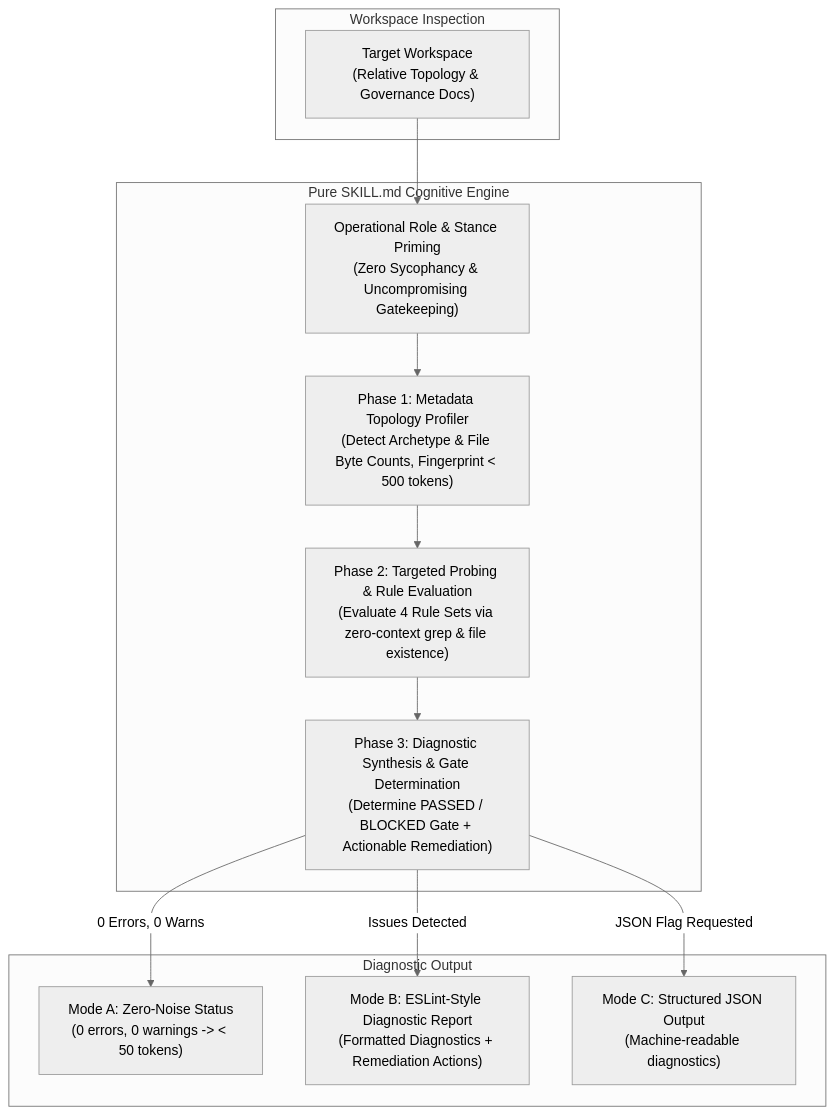
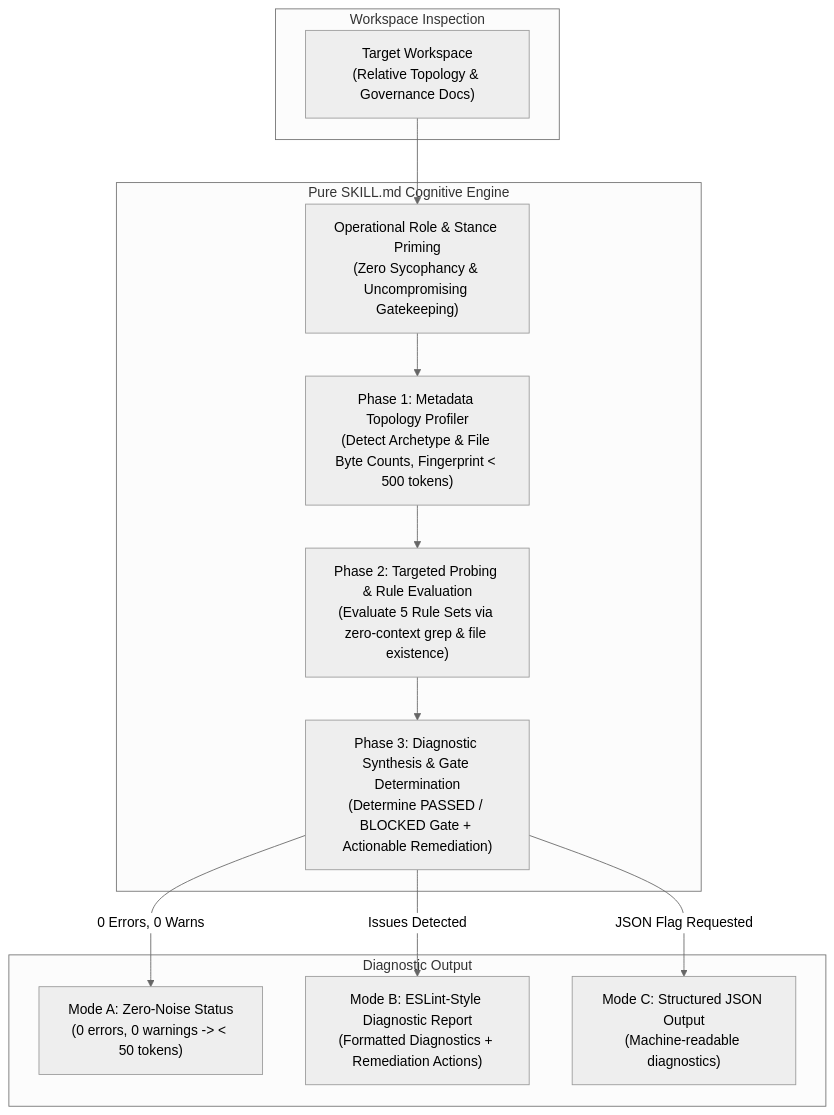
Before and after one commit to josudoey/skills: the first of 3 diagrams in docs/reference/workflow-governance.md, drawn with Mermaid (neutral theme). The commit also changed other lines of this file and 2 other files, not shown here.

````diff
--- a/docs/reference/workflow-governance.md
+++ b/docs/reference/workflow-governance.md
@@ -116,27 +126,27 @@
 ```mermaid
 flowchart TD
     subgraph Input["Workspace Inspection"]
         Target["Target Workspace\n(Relative Topology & Governance Docs)"]
     end
 
     subgraph AgentEngine["Pure SKILL.md Cognitive Engine"]
         Stance["Operational Role & Stance Priming\n(Zero Sycophancy & Uncompromising Gatekeeping)"]
         Phase1["Phase 1: Metadata Topology Profiler\n(Detect Archetype & File Byte Counts, Fingerprint < 500 tokens)"]
-        Phase2["Phase 2: Targeted Probing & Rule Evaluation\n(Evaluate 4 Rule Sets via zero-context grep & file existence)"]
+        Phase2["Phase 2: Targeted Probing & Rule Evaluation\n(Evaluate 5 Rule Sets via zero-context grep & file existence)"]
         Phase3["Phase 3: Diagnostic Synthesis & Gate Determination\n(Determine PASSED / BLOCKED Gate + Actionable Remediation)"]
     end
 
     subgraph Output["Diagnostic Output"]
         Clean["Mode A: Zero-Noise Status\n(0 errors, 0 warnings -> < 50 tokens)"]
         Report["Mode B: ESLint-Style Diagnostic Report\n(Formatted Diagnostics + Remediation Actions)"]
         JSONOutput["Mode C: Structured JSON Output\n(Machine-readable diagnostics)"]
     end
 
     Target --> Stance
     Stance --> Phase1
     Phase1 --> Phase2
     Phase2 --> Phase3
     Phase3 -->|0 Errors, 0 Warns| Clean
     Phase3 -->|Issues Detected| Report
     Phase3 -->|JSON Flag Requested| JSONOutput
 ```
````
